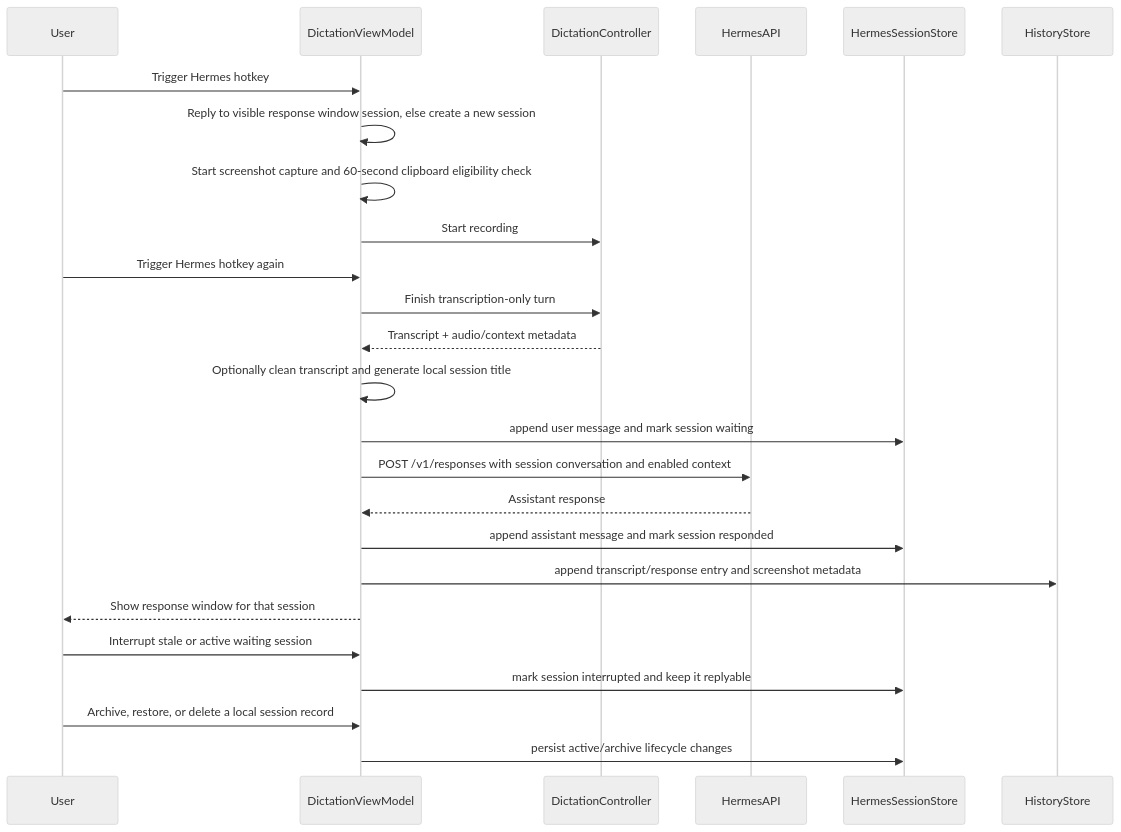
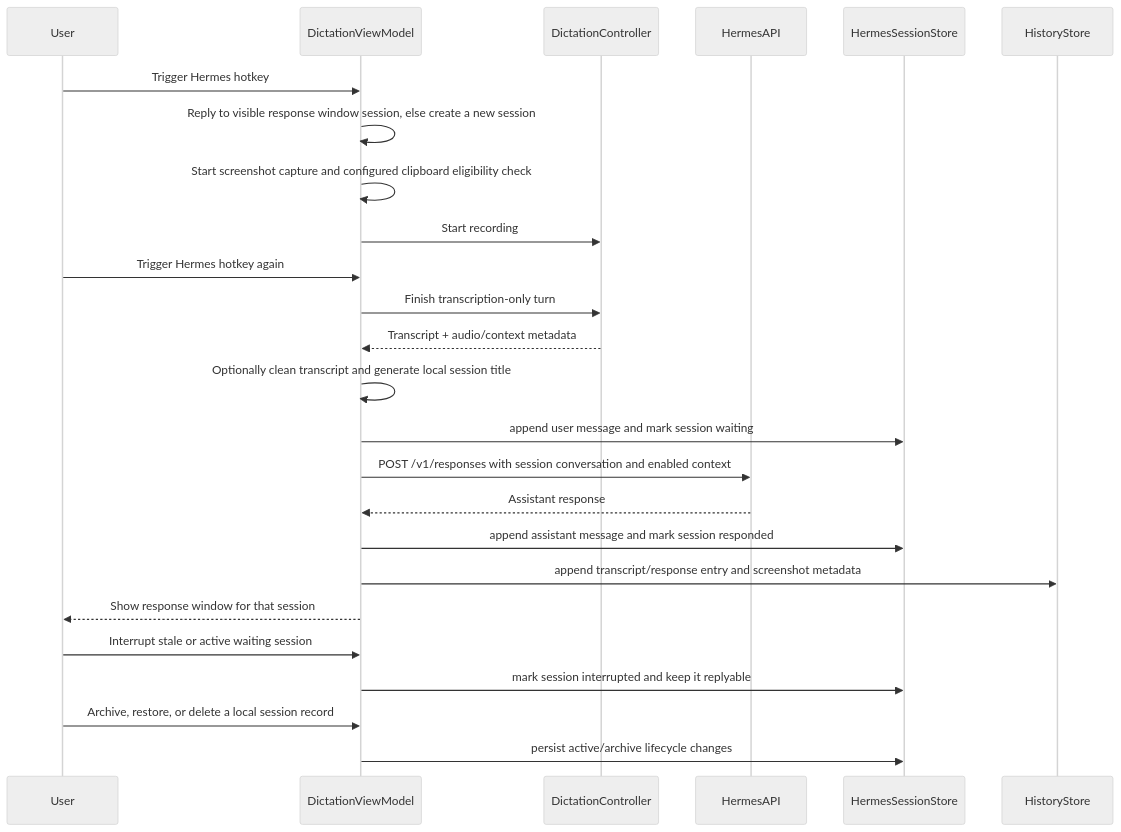
One commit to dkapo88/WonderWhisper-macOS changed diagram 12 of 12 in datamodel.md. Above: the diagram before and after it, drawn with Mermaid (neutral theme). The commit also changed other lines of this file and 18 other files, not shown here.

````diff
--- a/datamodel.md
+++ b/datamodel.md
@@ -642,28 +653,28 @@
 ```mermaid
 sequenceDiagram
     participant User
     participant DictationViewModel
     participant DictationController
     participant HermesAPI
     participant HermesSessionStore
     participant HistoryStore
 
     User->>DictationViewModel: Trigger Hermes hotkey
     DictationViewModel->>DictationViewModel: Reply to visible response window session, else create a new session
-    DictationViewModel->>DictationViewModel: Start screenshot capture and 60-second clipboard eligibility check
+    DictationViewModel->>DictationViewModel: Start screenshot capture and configured clipboard eligibility check
     DictationViewModel->>DictationController: Start recording
     User->>DictationViewModel: Trigger Hermes hotkey again
     DictationViewModel->>DictationController: Finish transcription-only turn
     DictationController-->>DictationViewModel: Transcript + audio/context metadata
     DictationViewModel->>DictationViewModel: Optionally clean transcript and generate local session title
     DictationViewModel->>HermesSessionStore: append user message and mark session waiting
     DictationViewModel->>HermesAPI: POST /v1/responses with session conversation and enabled context
     HermesAPI-->>DictationViewModel: Assistant response
     DictationViewModel->>HermesSessionStore: append assistant message and mark session responded
     DictationViewModel->>HistoryStore: append transcript/response entry and screenshot metadata
     DictationViewModel-->>User: Show response window for that session
     User->>DictationViewModel: Interrupt stale or active waiting session
     DictationViewModel->>HermesSessionStore: mark session interrupted and keep it replyable
     User->>DictationViewModel: Archive, restore, or delete a local session record
     DictationViewModel->>HermesSessionStore: persist active/archive lifecycle changes
 ```
````
